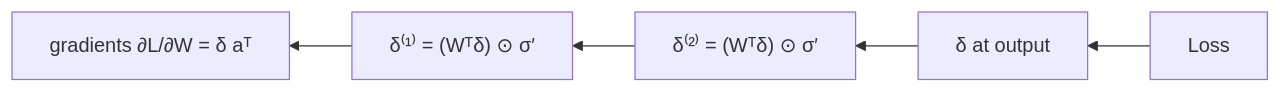
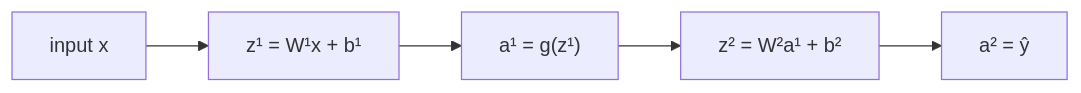
The second of 5 diagrams in ai-ml-encyclopedia/ch14.qmd (kader-xai/kader-xai.github.io), drawn with Mermaid before and after one commit. The commit also changed other lines of this file and 47 other files, not shown here.

````diff
--- a/ai-ml-encyclopedia/ch14.qmd
+++ b/ai-ml-encyclopedia/ch14.qmd
@@ -284,7 +168,5 @@
 ```{mermaid}
-graph RL
-  L[Loss] --> dL["δ at output"]
-  dL --> d2["δ⁽²⁾ = (Wᵀδ) ⊙ σ′"]
-  d2 --> d1["δ⁽¹⁾ = (Wᵀδ) ⊙ σ′"]
-  d1 --> g["gradients ∂L/∂W = δ aᵀ"]
+flowchart LR
+  X[input x] --> Z1["z¹ = W¹x + b¹"] --> A1["a¹ = g(z¹)"]
+  A1 --> Z2["z² = W²a¹ + b²"] --> A2["a² = ŷ"]
 ```
````
